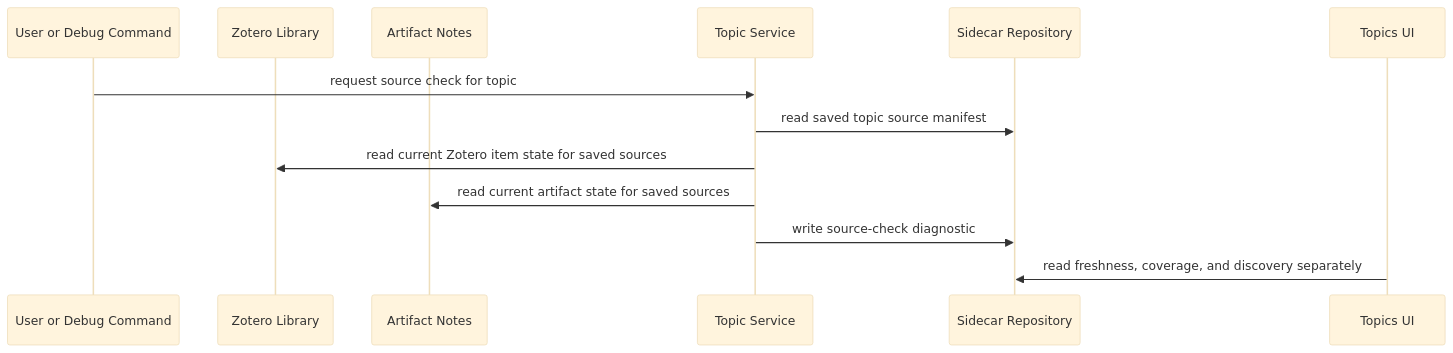
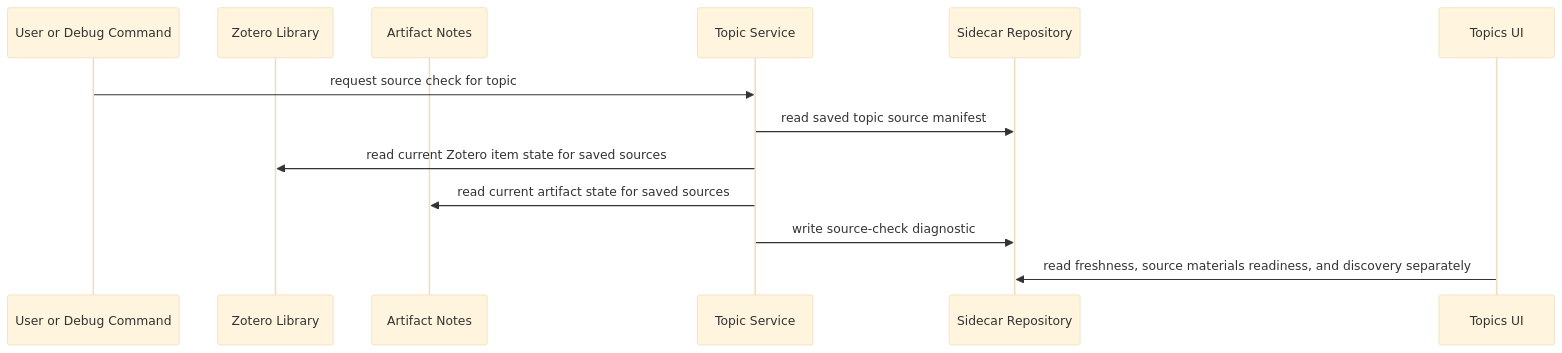
One commit to leike0813/zotero-agents changed the third of 8 diagrams in doc/synthesis-layer/sequences.md. Above: the diagram before and after it, drawn with Mermaid (base theme). The commit also changed 240 other files, not shown here.

````diff
--- a/doc/synthesis-layer/sequences.md
+++ b/doc/synthesis-layer/sequences.md
@@ -84,16 +84,16 @@
 ```mermaid
 sequenceDiagram
   participant U as User or Debug Command
   participant Z as Zotero Library
   participant A as Artifact Notes
   participant T as Topic Service
   participant S as Sidecar Repository
   participant UI as Topics UI
 
   U->>T: request source check for topic
   T->>S: read saved topic source manifest
   T->>Z: read current Zotero item state for saved sources
   T->>A: read current artifact state for saved sources
   T->>S: write source-check diagnostic
-  UI->>S: read freshness, coverage, and discovery separately
+  UI->>S: read freshness, source materials readiness, and discovery separately
 ```
````
